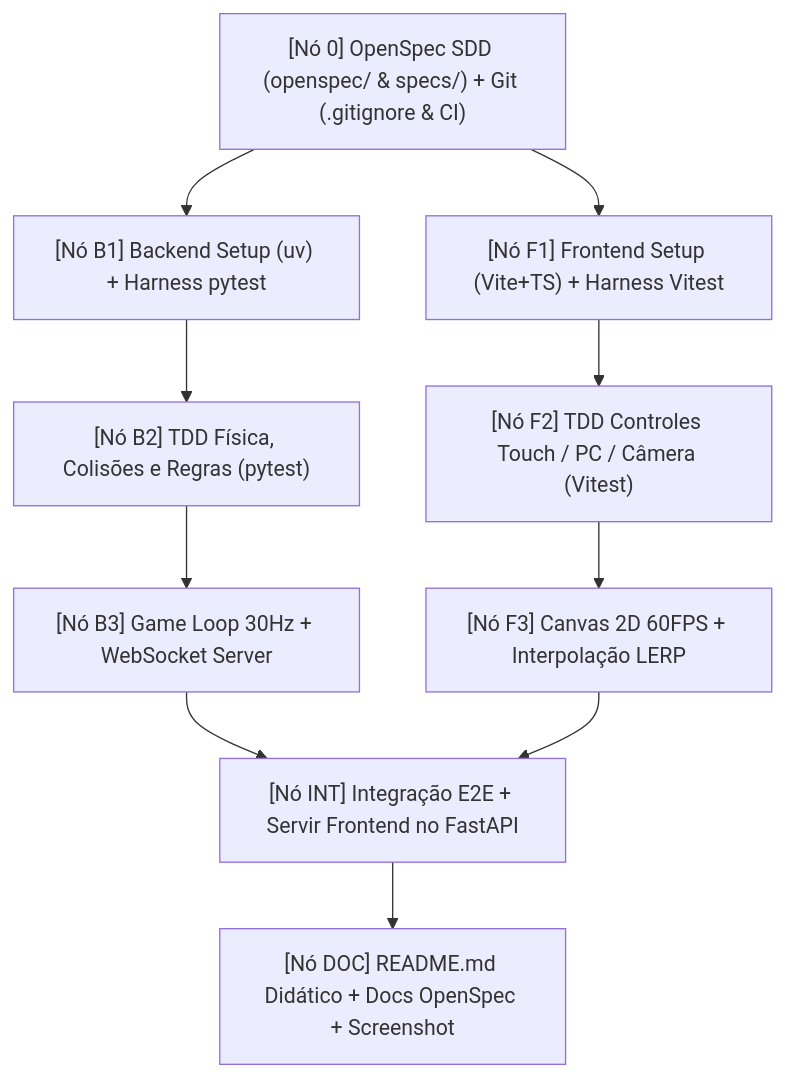
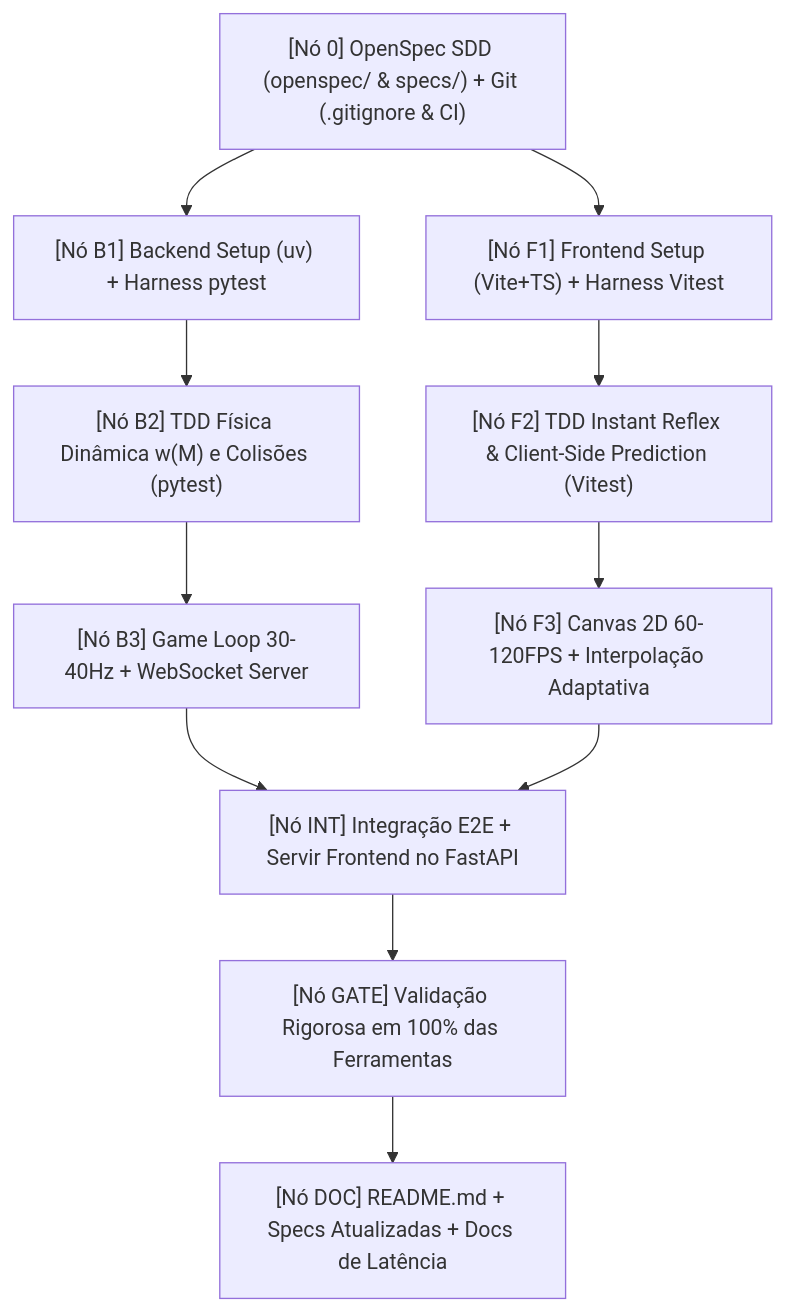
Before and after one commit to douglaspands/snake-royale-game: the diagram in README.md, drawn with Mermaid. The commit also changed other lines of this file and 41 other files, not shown here.

````diff
--- a/README.md
+++ b/README.md
@@ -92,16 +117,17 @@
 ```mermaid
 graph TD
     N_ROOT["[Nó 0] OpenSpec SDD (openspec/ & specs/) + Git (.gitignore & CI)"]
     N_B1["[Nó B1] Backend Setup (uv) + Harness pytest"]
     N_F1["[Nó F1] Frontend Setup (Vite+TS) + Harness Vitest"]
-    N_B2["[Nó B2] TDD Física, Colisões e Regras (pytest)"]
-    N_F2["[Nó F2] TDD Controles Touch / PC / Câmera (Vitest)"]
-    N_B3["[Nó B3] Game Loop 30Hz + WebSocket Server"]
-    N_F3["[Nó F3] Canvas 2D 60FPS + Interpolação LERP"]
+    N_B2["[Nó B2] TDD Física Dinâmica w(M) e Colisões (pytest)"]
+    N_F2["[Nó F2] TDD Instant Reflex & Client-Side Prediction (Vitest)"]
+    N_B3["[Nó B3] Game Loop 30-40Hz + WebSocket Server"]
+    N_F3["[Nó F3] Canvas 2D 60-120FPS + Interpolação Adaptativa"]
     N_INT["[Nó INT] Integração E2E + Servir Frontend no FastAPI"]
-    N_DOC["[Nó DOC] README.md Didático + Docs OpenSpec + Screenshot"]
+    N_GATE["[Nó GATE] Validação Rigorosa em 100% das Ferramentas"]
+    N_DOC["[Nó DOC] README.md + Specs Atualizadas + Docs de Latência"]
 
     N_ROOT --> N_B1 --> N_B2 --> N_B3 --> N_INT
     N_ROOT --> N_F1 --> N_F2 --> N_F3 --> N_INT
-    N_INT --> N_DOC
+    N_INT --> N_GATE --> N_DOC
 ```
````
